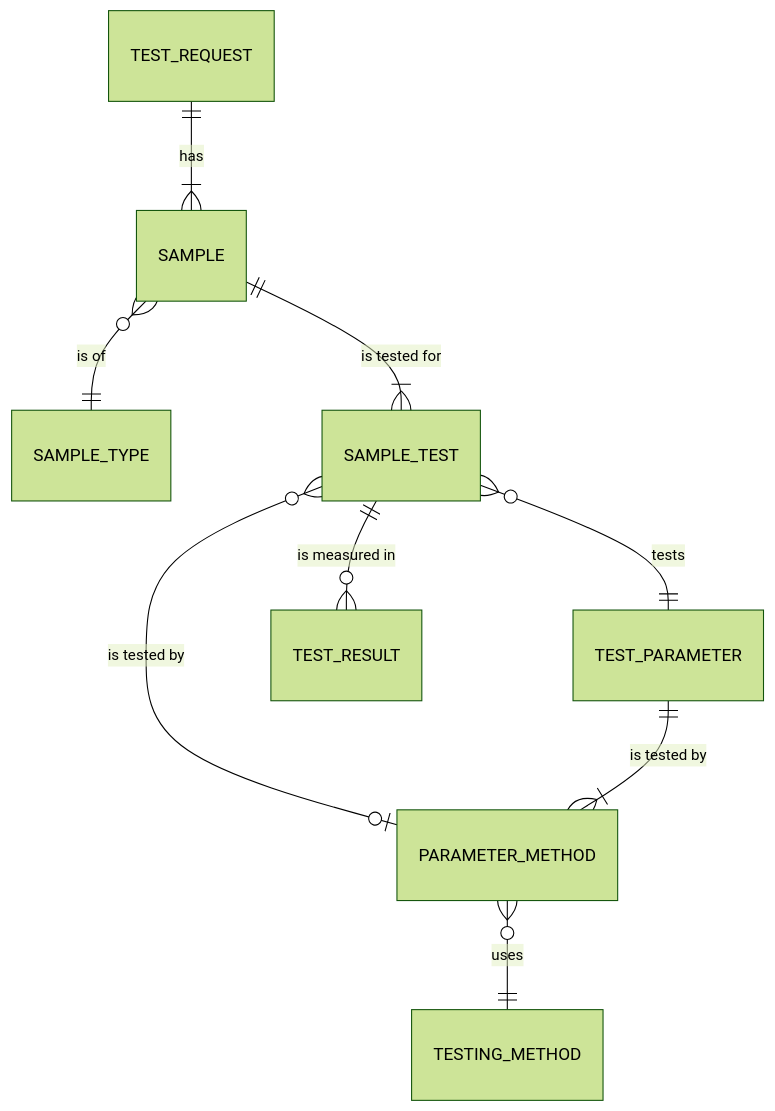
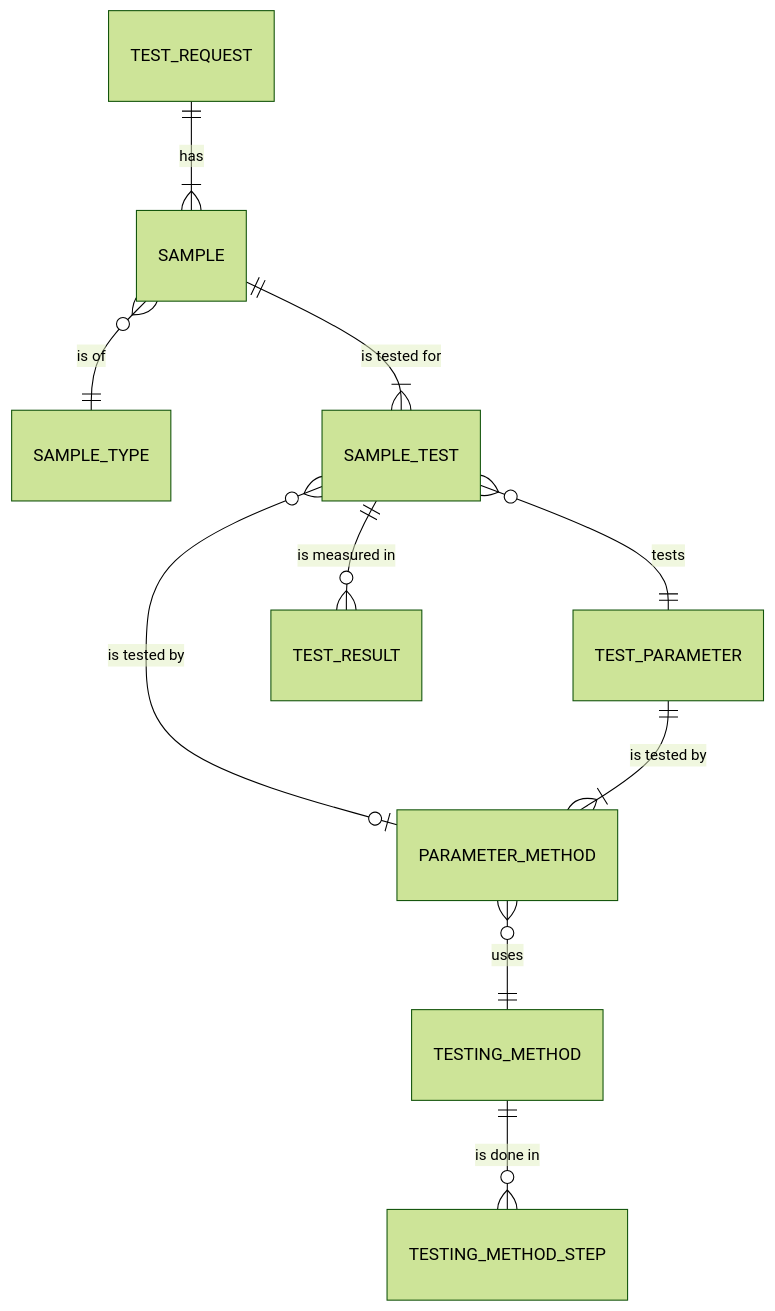
Before and after one commit to SoltuneMontepre/medilab: the first of 5 diagrams in docs/functional/laboratory_module/overview.md, drawn with Mermaid (forest theme). The commit also changed other lines of this file and 4 other files, not shown here.

Commit message:
[feat] Add testing method steps and update related documentation

````diff
--- a/docs/functional/laboratory_module/overview.md
+++ b/docs/functional/laboratory_module/overview.md
@@ -14,11 +14,12 @@
 ```mermaid
 erDiagram
     TEST_REQUEST ||--|{ SAMPLE : has
     SAMPLE }o--|| SAMPLE_TYPE : "is of"
     SAMPLE ||--|{ SAMPLE_TEST : "is tested for"
     SAMPLE_TEST }o--|| TEST_PARAMETER : tests
     SAMPLE_TEST }o--o| PARAMETER_METHOD : "is tested by"
     TEST_PARAMETER ||--|{ PARAMETER_METHOD : "is tested by"
     PARAMETER_METHOD }o--|| TESTING_METHOD : uses
+    TESTING_METHOD ||--o{ TESTING_METHOD_STEP : "is done in"
     SAMPLE_TEST ||--o{ TEST_RESULT : "is measured in"
 ```
````
